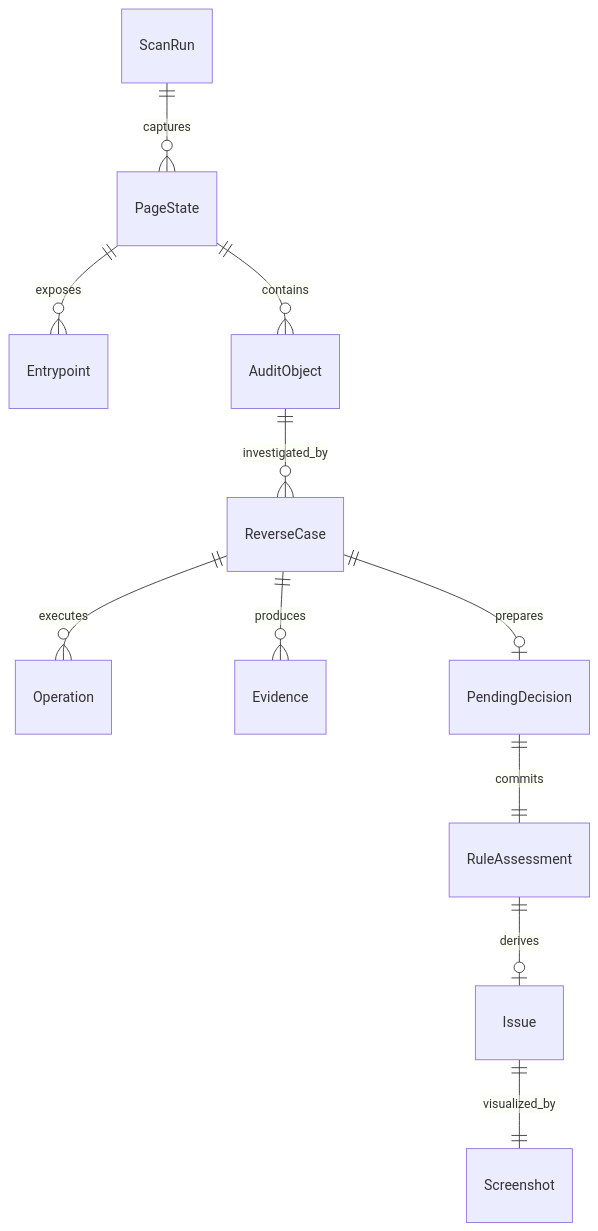
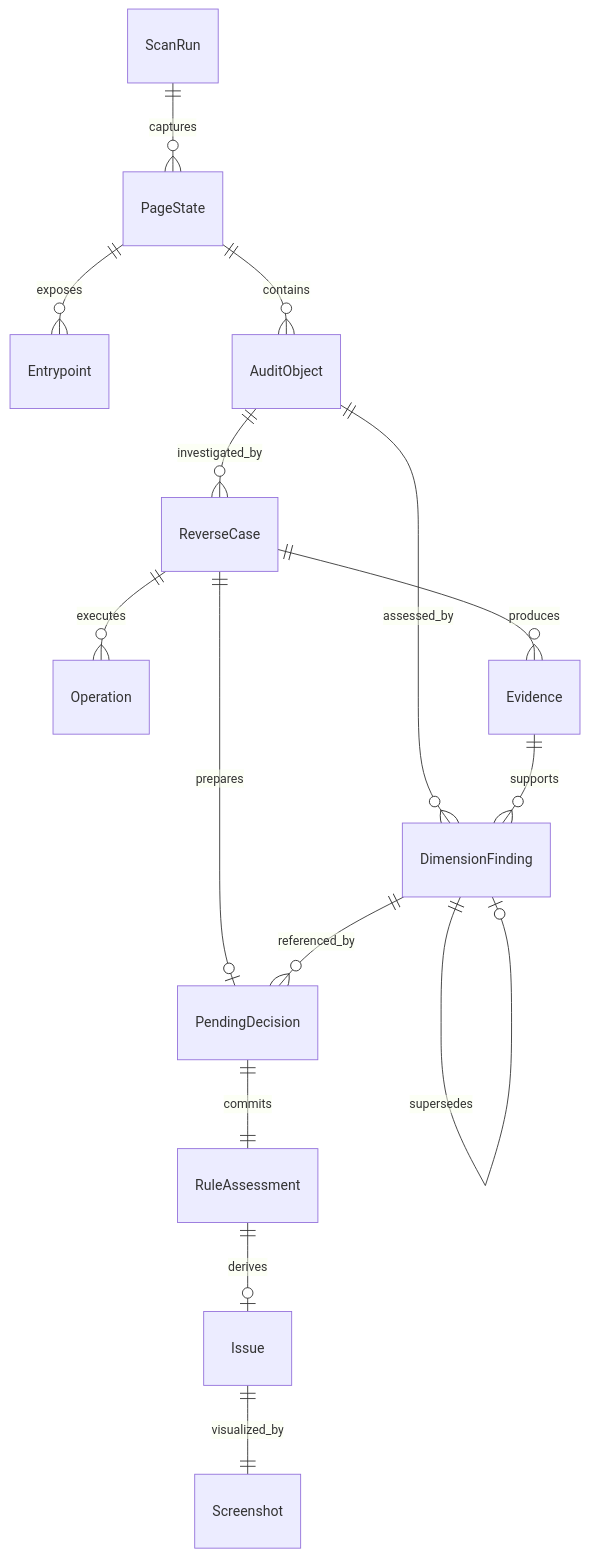
One commit to elioyu-07/Assayer changed the first of 4 diagrams in docs/domain-model-and-lifecycle.md. Above: the diagram before and after it, drawn with Mermaid. The commit also changed other lines of this file and 93 other files, not shown here.

Commit message:
Rename project to Assayer and add finding-driven audit contracts

````diff
--- a/docs/domain-model-and-lifecycle.md
+++ b/docs/domain-model-and-lifecycle.md
@@ -16,13 +16,17 @@
 ```mermaid
 erDiagram
     ScanRun ||--o{ PageState : captures
     PageState ||--o{ Entrypoint : exposes
     PageState ||--o{ AuditObject : contains
     AuditObject ||--o{ ReverseCase : investigated_by
     ReverseCase ||--o{ Operation : executes
     ReverseCase ||--o{ Evidence : produces
+    AuditObject ||--o{ DimensionFinding : assessed_by
+    Evidence ||--o{ DimensionFinding : supports
+    DimensionFinding ||--o| DimensionFinding : supersedes
     ReverseCase ||--o| PendingDecision : prepares
+    DimensionFinding ||--o{ PendingDecision : referenced_by
     PendingDecision ||--|| RuleAssessment : commits
     RuleAssessment ||--o| Issue : derives
     Issue ||--|| Screenshot : visualized_by
 ```
````
